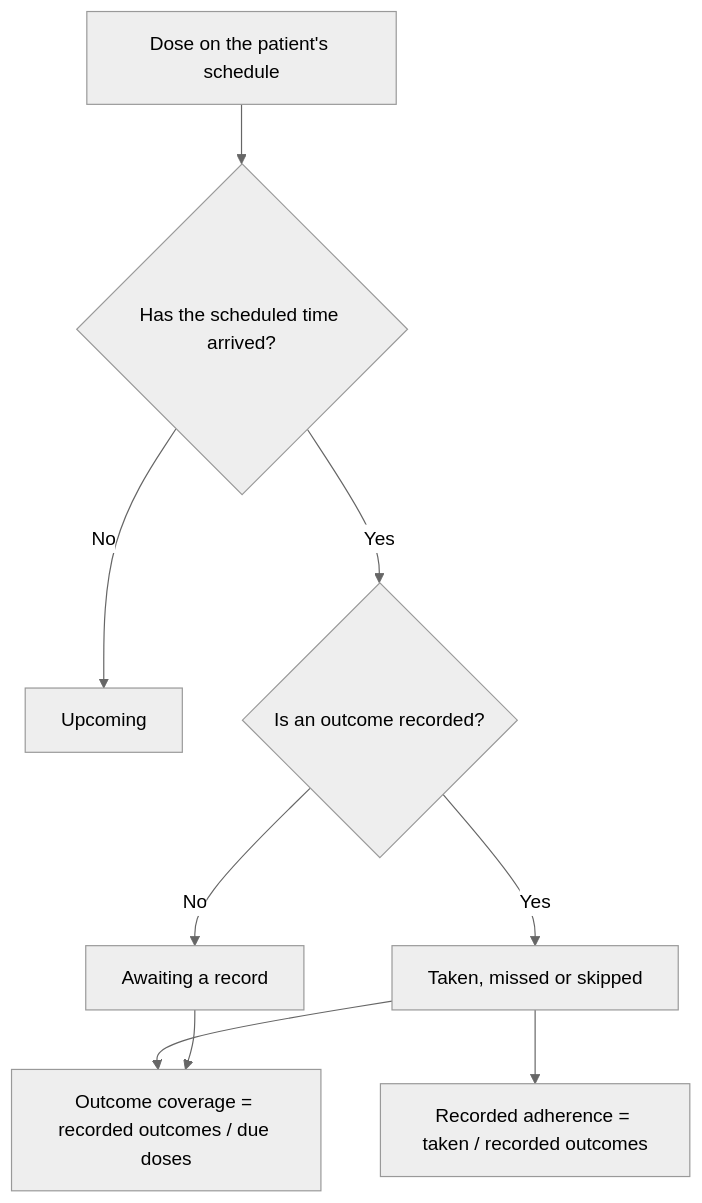
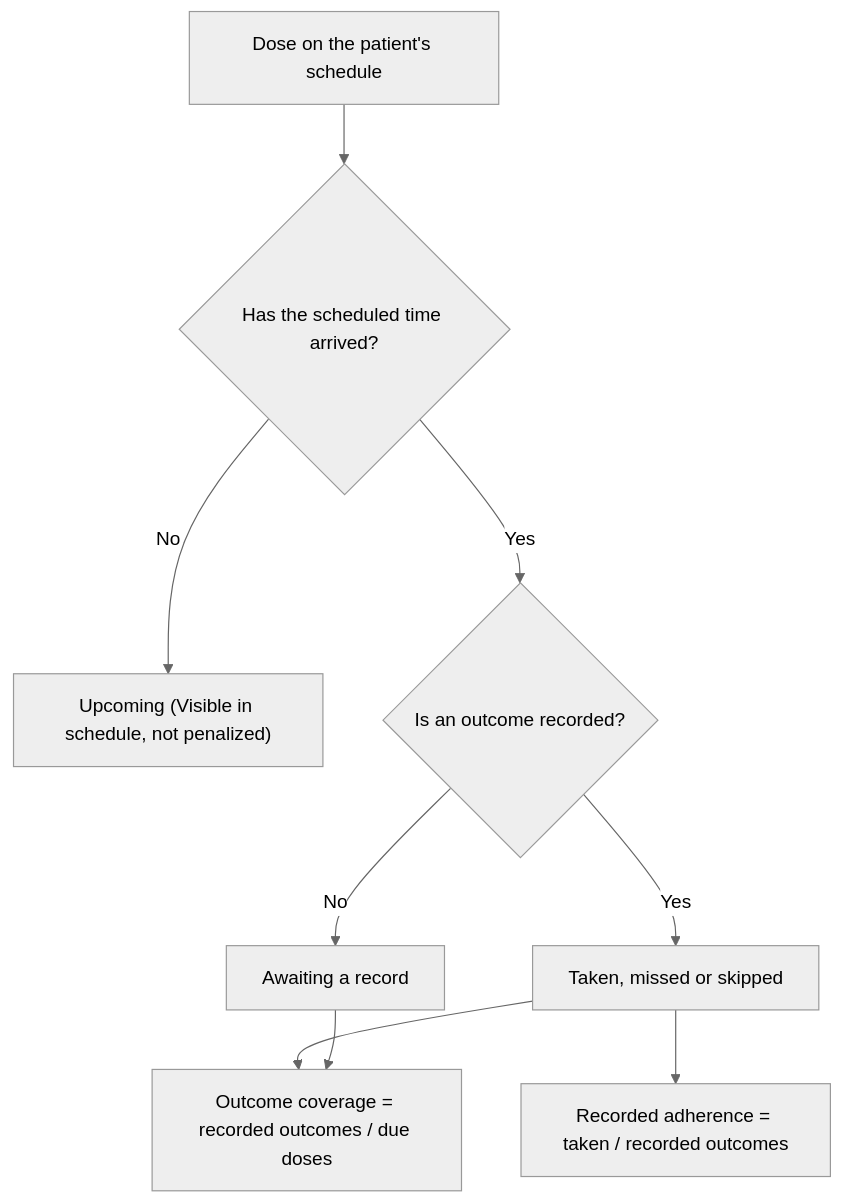
The third of 3 diagrams in README.md (NateshKannaR/Careverse), drawn with Mermaid (neutral theme) before and after one commit. The commit also changed other lines of this file and 9 other files, not shown here.

````diff
--- a/README.md
+++ b/README.md
@@ -39,11 +195,11 @@
 ```mermaid
 flowchart TD
     Schedule["Dose on the patient's schedule"] --> Due{"Has the scheduled time arrived?"}
-    Due -->|No| Upcoming["Upcoming"]
+    Due -->|No| Upcoming["Upcoming (Visible in schedule, not penalized)"]
     Due -->|Yes| Known{"Is an outcome recorded?"}
     Known -->|No| Pending["Awaiting a record"]
     Known -->|Yes| Recorded["Taken, missed or skipped"]
     Recorded --> Adherence["Recorded adherence = taken / recorded outcomes"]
     Recorded --> Coverage["Outcome coverage = recorded outcomes / due doses"]
     Pending --> Coverage
 ```
````
